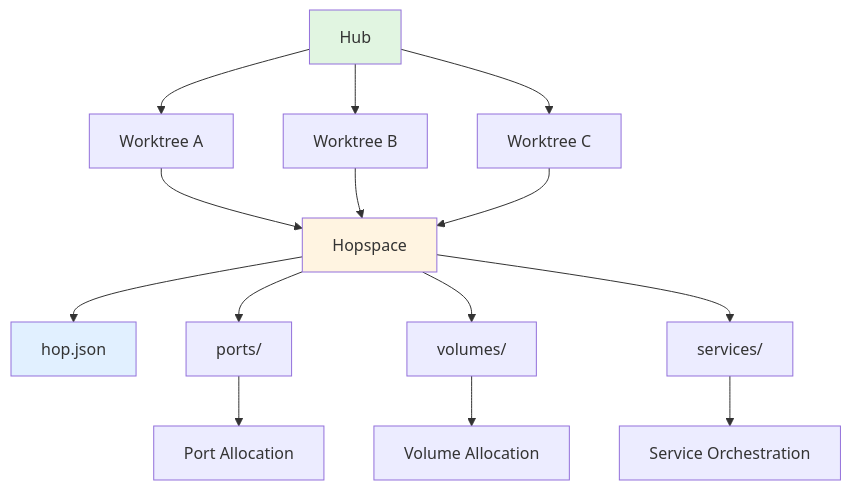
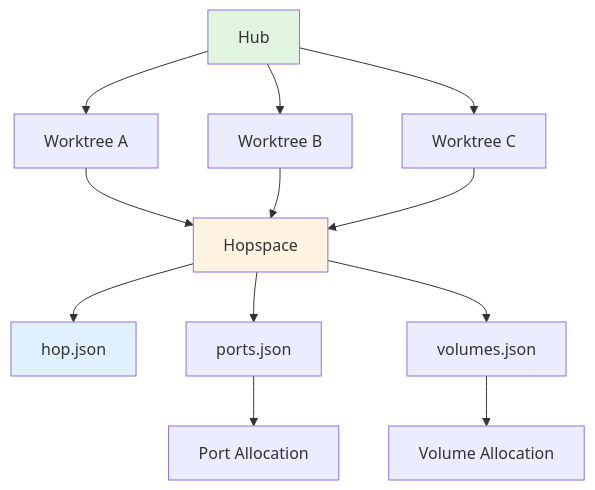
One commit to hop-top/git changed the first of 3 diagrams in docs/03-core-concepts.mdx. Above: the diagram before and after it, drawn with Mermaid. The commit also changed other lines of this file and 11 other files, not shown here.

````diff
--- a/docs/03-core-concepts.mdx
+++ b/docs/03-core-concepts.mdx
@@ -12,23 +12,21 @@
 ```mermaid
 graph TD
     A[Hub] --> B[Worktree A]
     A --> C[Worktree B]
     A --> D[Worktree C]
     
     B --> E[Hopspace]
     C --> E
     D --> E
     
     E --> F[hop.json]
-    E --> G[ports/]
-    E --> H[volumes/]
-    E --> I[services/]
+    E --> G[ports.json]
+    E --> H[volumes.json]
     
     G --> J[Port Allocation]
     H --> K[Volume Allocation]
-    I --> L[Service Orchestration]
     
     style A fill:#e1f5e1
     style E fill:#fff4e1
     style F fill:#e1f0ff
 ```
````
